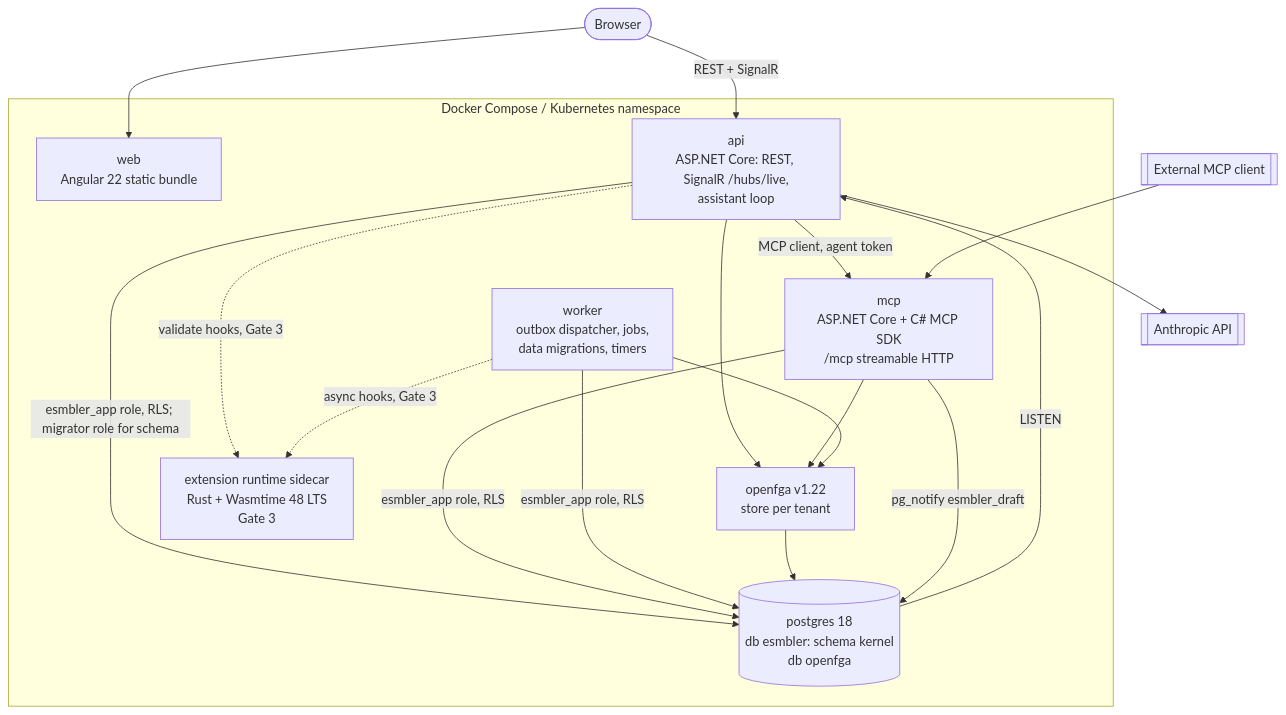
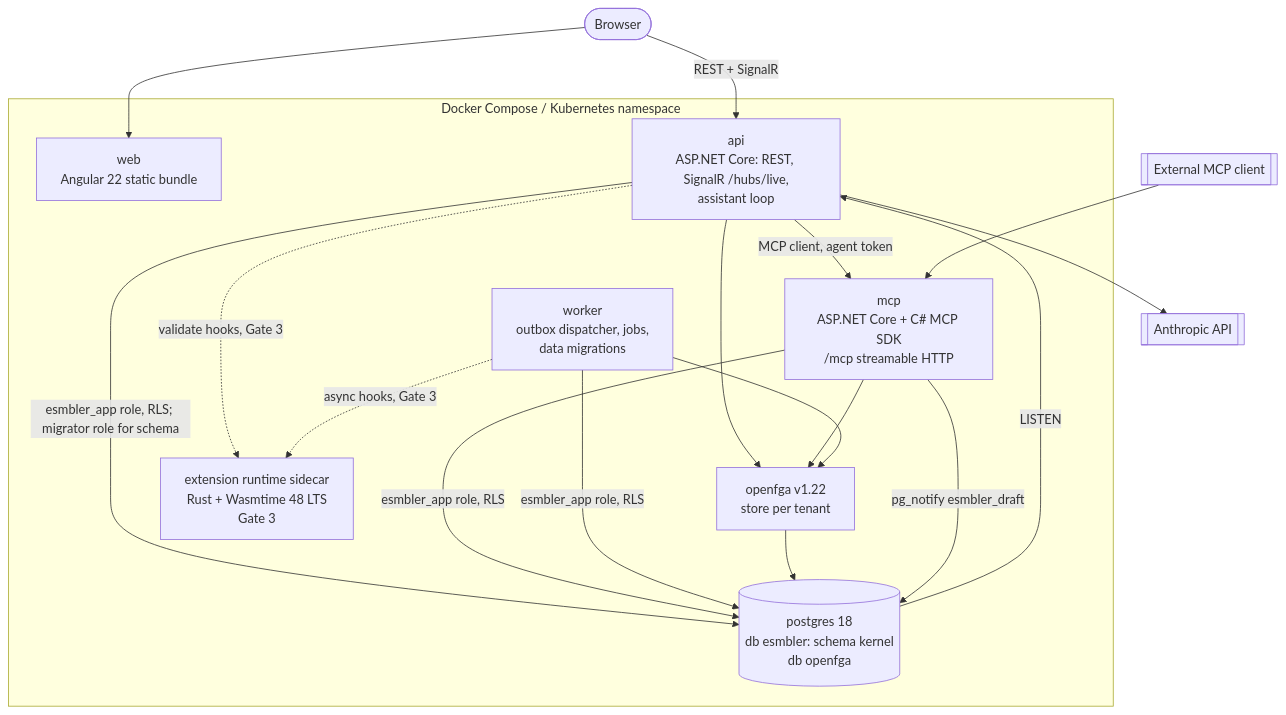
The second of 7 diagrams in docs/architecture/overview.md (DeadEndGG/esmbler), drawn with Mermaid before and after one commit. The commit also changed other lines of this file and 35 other files, not shown here.

````diff
--- a/docs/architecture/overview.md
+++ b/docs/architecture/overview.md
@@ -74,32 +74,32 @@
 ```mermaid
 flowchart TB
     browser([Browser])
     subgraph compose[Docker Compose / Kubernetes namespace]
         web[web<br/>Angular 22 static bundle]
         api[api<br/>ASP.NET Core: REST, SignalR /hubs/live,<br/>assistant loop]
         mcp[mcp<br/>ASP.NET Core + C# MCP SDK<br/>/mcp streamable HTTP]
-        worker[worker<br/>outbox dispatcher, jobs,<br/>data migrations, timers]
+        worker[worker<br/>outbox dispatcher, jobs,<br/>data migrations]
         pg[(postgres 18<br/>db esmbler: schema kernel<br/>db openfga)]
         fga[openfga v1.22<br/>store per tenant]
         ext[extension runtime sidecar<br/>Rust + Wasmtime 48 LTS<br/>Gate 3]
     end
     claude[[Anthropic API]]
     extclient[[External MCP client]]
 
     browser --> web
     browser -- REST + SignalR --> api
     api -- MCP client, agent token --> mcp
     api --> claude
     extclient --> mcp
     api -- esmbler_app role, RLS; migrator role for schema --> pg
     mcp -- esmbler_app role, RLS --> pg
     worker -- esmbler_app role, RLS --> pg
     api --> fga
     mcp --> fga
     worker --> fga
     fga --> pg
     api -. validate hooks, Gate 3 .-> ext
     worker -. async hooks, Gate 3 .-> ext
     mcp -- pg_notify esmbler_draft --> pg
     pg -- LISTEN --> api
 ```
````
